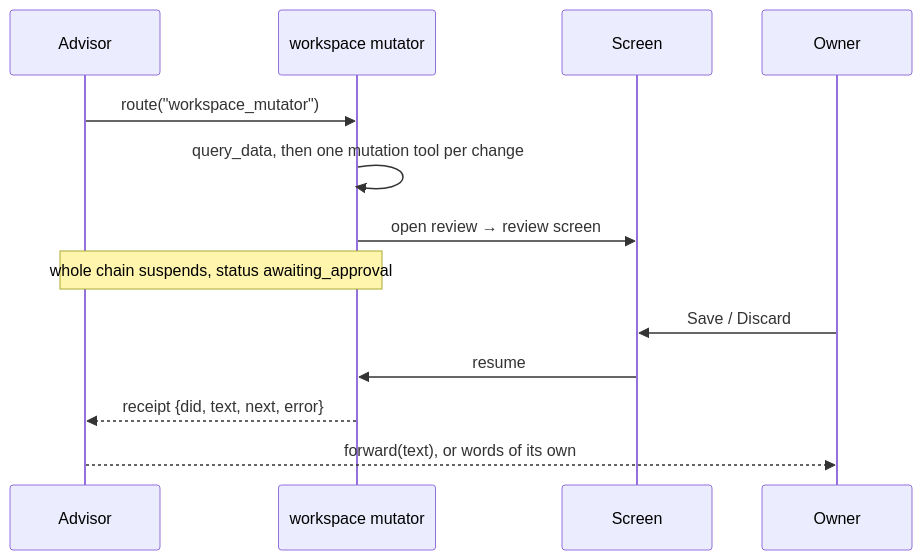
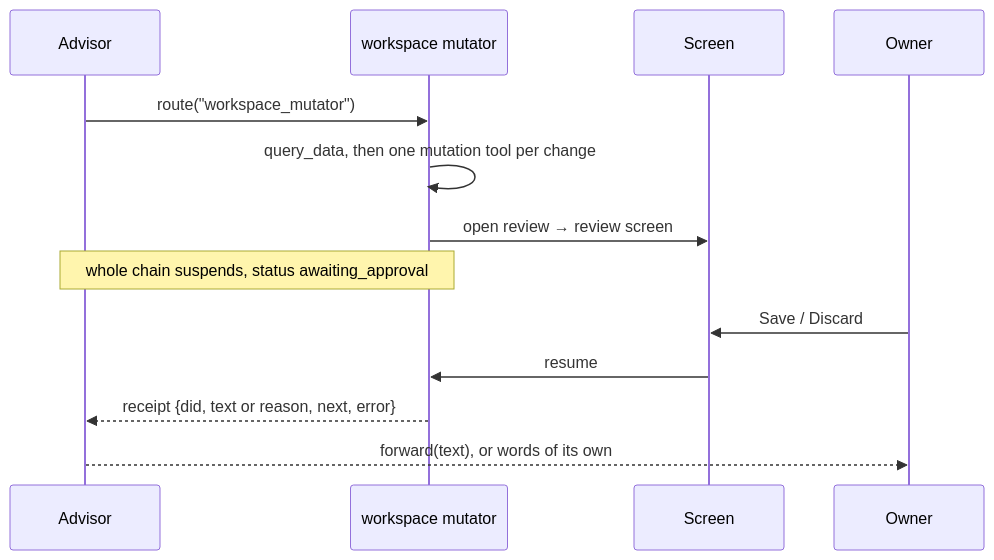
Before and after one commit to myvaheed/tg-ai-safwa: the sixth of 13 diagrams in docs/AGENT_ARCH.md, drawn with Mermaid. The commit also changed other lines of this file and 12 other files, not shown here.

````diff
--- a/docs/AGENT_ARCH.md
+++ b/docs/AGENT_ARCH.md
@@ -320,15 +320,15 @@
 ```mermaid
 sequenceDiagram
     participant A as Advisor
     participant B as workspace mutator
     participant S as Screen
     participant O as Owner
     A->>B: route("workspace_mutator")
     B->>B: query_data, then one mutation tool per change
     B->>S: open review → review screen
     Note over A,B: whole chain suspends, status awaiting_approval
     O->>S: Save / Discard
     S->>B: resume
-    B-->>A: receipt {did, text, next, error}
+    B-->>A: receipt {did, text or reason, next, error}
     A-->>O: forward(text), or words of its own
 ```
````
